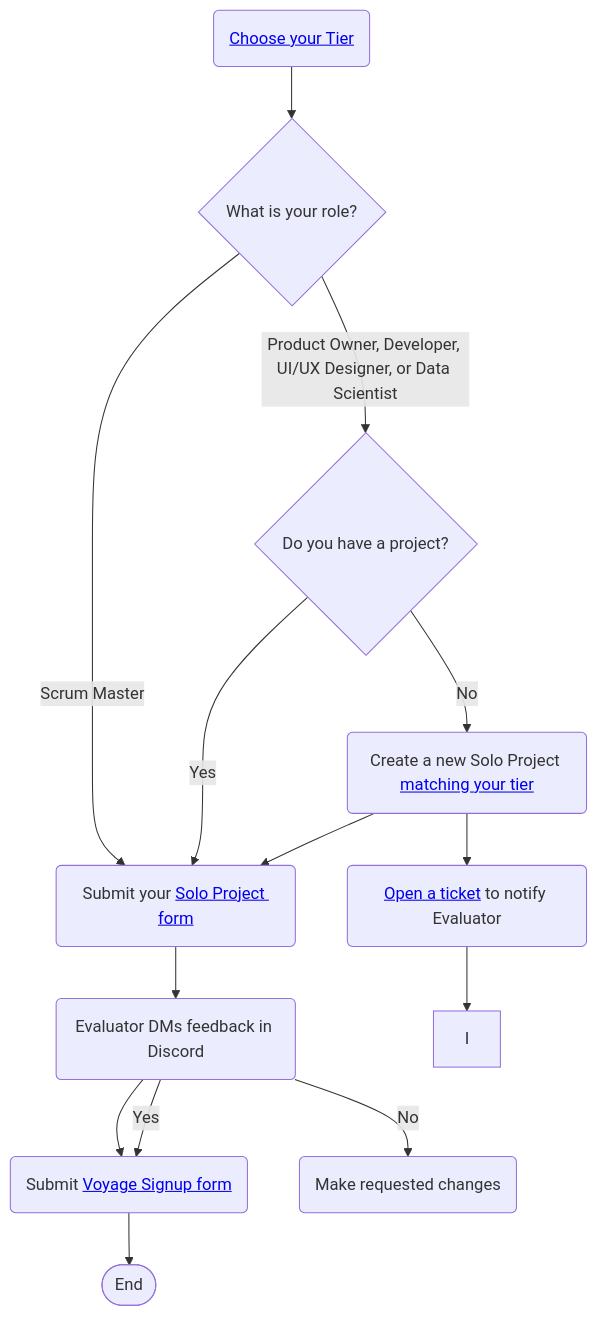
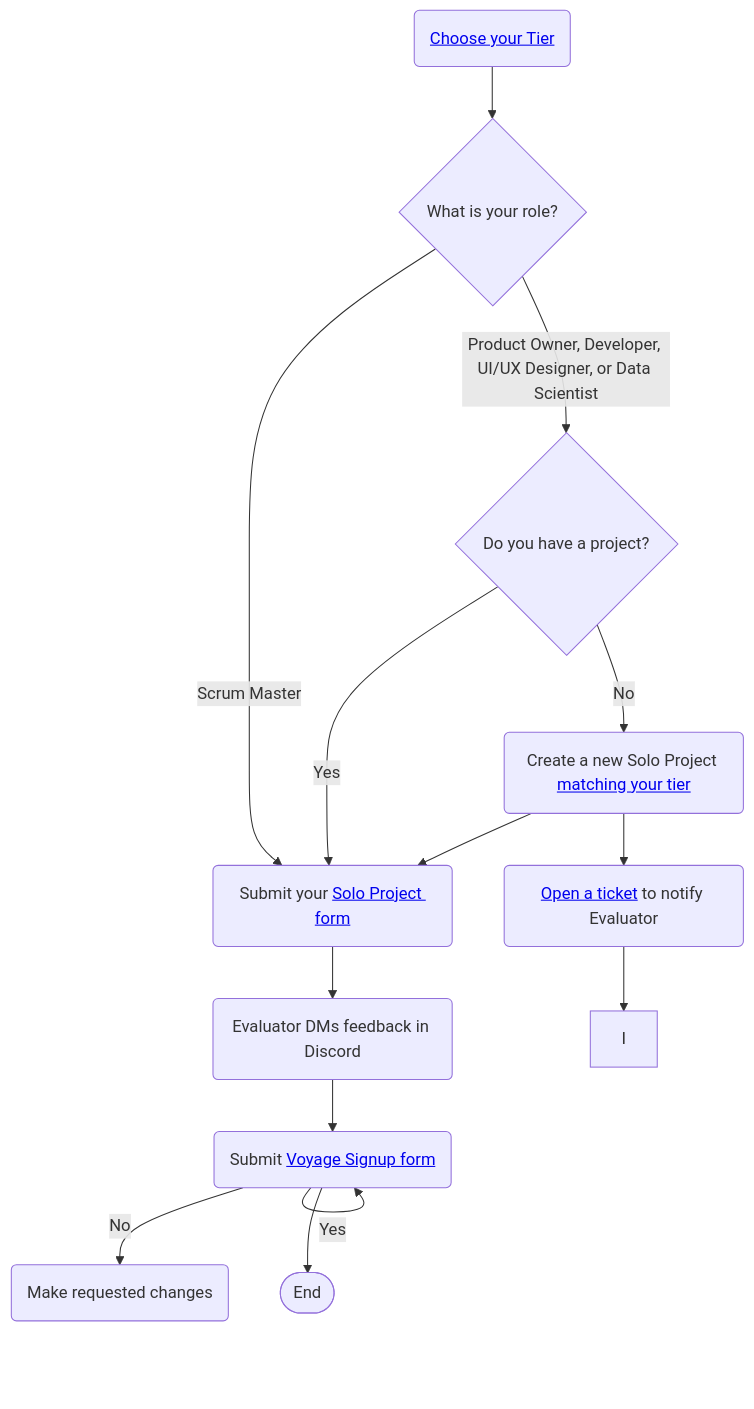
The diagram in docs/guides/soloproject/soloproject.md (chingu-voyages/Handbook), drawn with Mermaid before and after one commit.

Commit message:
Feature: Refine Solo Project flowchart

````diff
--- a/docs/guides/soloproject/soloproject.md
+++ b/docs/guides/soloproject/soloproject.md
@@ -17,18 +17,17 @@
 ```mermaid
 graph TB
     A(<a href='https://github.com/chingu-voyages/Handbook/blob/main/docs/guides/soloproject/soloproject.md#1-choose-your-tier-1%EF%B8%8F%E2%83%A3-2%EF%B8%8F%E2%83%A3-3%EF%B8%8F%E2%83%A3'>Choose your Tier</a>) --> B{What is your role?}
     B -- Scrum Master --> G
     B -- Product Owner, Developer, UI/UX Designer, or Data Scientist --> F{Do you have a project?}
     F -- Yes --> G(Submit your <a href='https://forms.gle/D3Nu1VvfH3FDFBRr6'>Solo Project form</a>)
     F -- No --> H(Create a new Solo Project <a href='https://github.com/chingu-voyages/Handbook/blob/main/docs/guides/soloproject/soloproject.md#2-submit-a-project-that-matches-your-tier-'>matching your tier</a>)
     H --> G
     G --> J(Evaluator DMs feedback in Discord)
-
     J --> K{Accepted?};
-    J -- Yes --> K(Submit <a href='https://forms.gle/dFaNuYWAjARd99qo8' target='_blank'>Voyage Signup form</a>);
-    J -- No --> L(Make requested changes);
+    K -- Yes --> K(Submit <a href='https://forms.gle/dFaNuYWAjARd99qo8' target='_blank'>Voyage Signup form</a>);
+    K -- No --> L(Make requested changes);
     H --> M(<a href='https://discord.com/channels/330284646283608064/1193342042080817323' target='_blank'>Open a ticket</a> to notify Evaluator);
     M --> I;
 
     K --> Z([End]);
 ```
````
